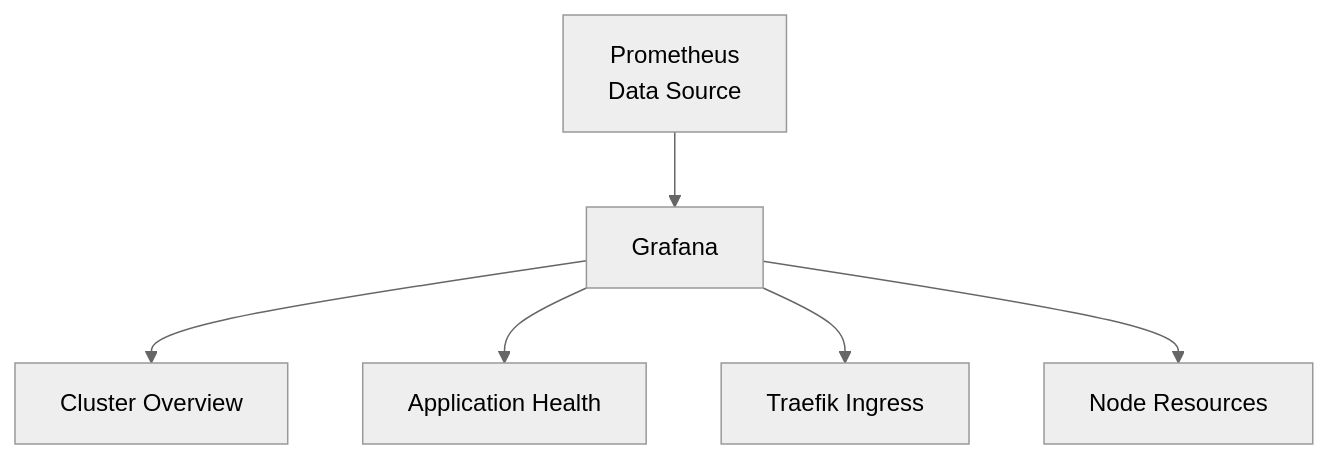
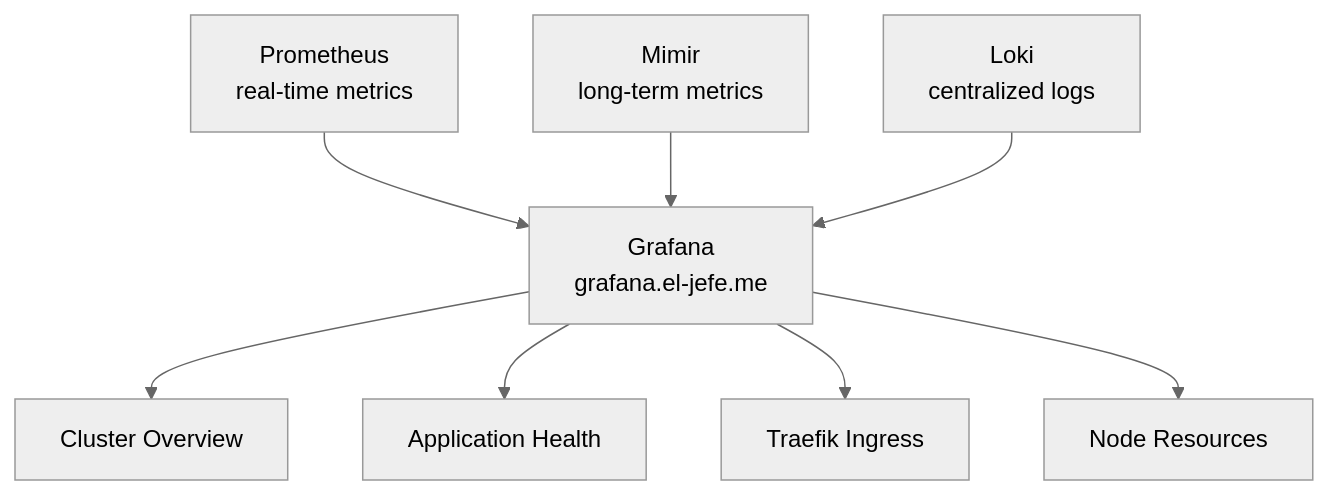
Before and after one commit to maxjeffwell/portfolio-gatsby: the diagram in docs-site/docs/monitoring/grafana.md, drawn with Mermaid (neutral theme). The commit also changed other lines of this file and 4 other files, not shown here.

````diff
--- a/docs-site/docs/monitoring/grafana.md
+++ b/docs-site/docs/monitoring/grafana.md
@@ -12,8 +12,10 @@
 ```mermaid
 graph TB
-    PM[Prometheus<br/>Data Source] --> GF[Grafana]
+    PM[Prometheus<br/>real-time metrics] --> GF[Grafana<br/>grafana.el-jefe.me]
+    MIM[Mimir<br/>long-term metrics] --> GF
+    LK[Loki<br/>centralized logs] --> GF
     GF --> D1[Cluster Overview]
     GF --> D2[Application Health]
     GF --> D3[Traefik Ingress]
     GF --> D4[Node Resources]
 ```
````
